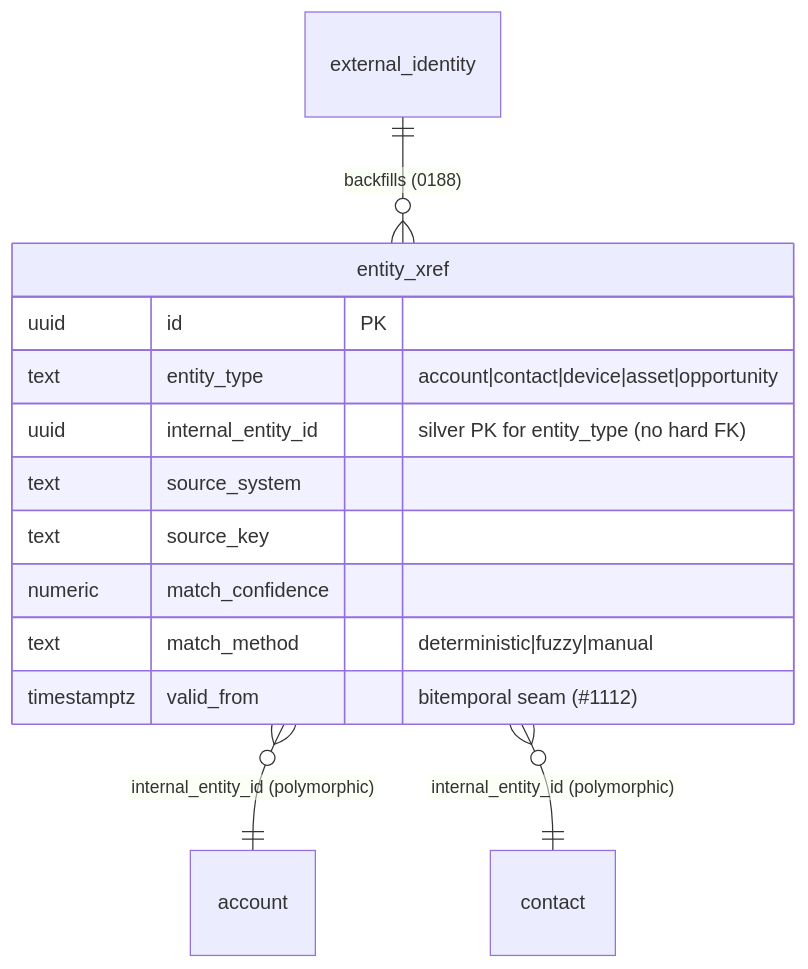
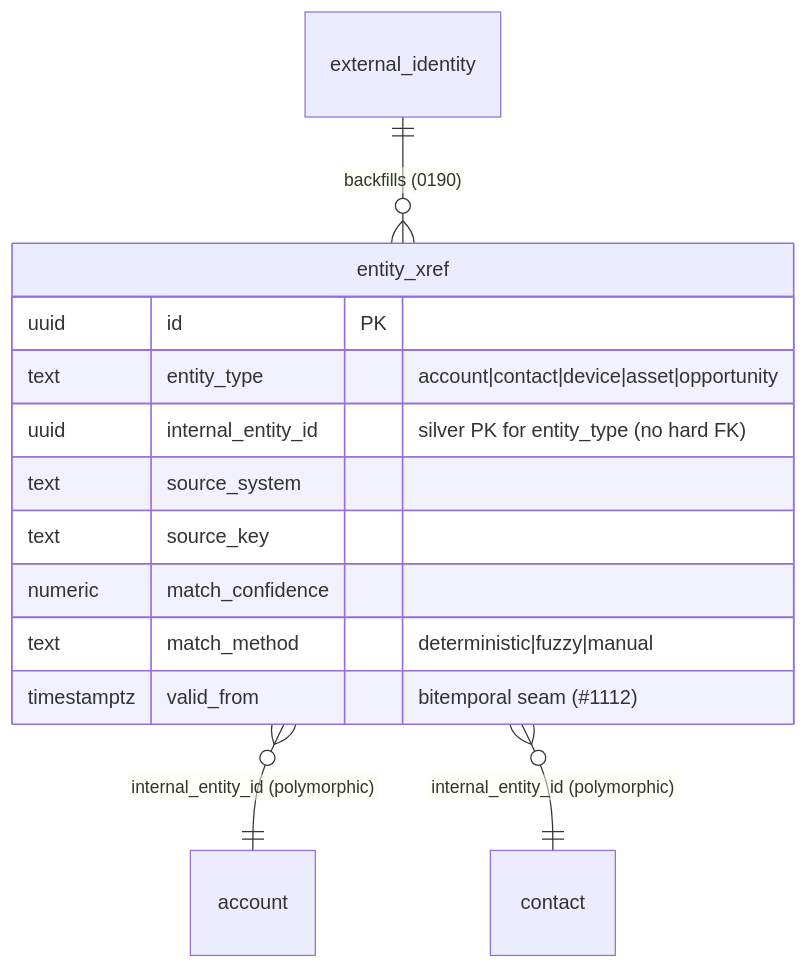
Before and after one commit to markdconnelly/ImperionCRM: diagram 21 of 21 in docs/database/data-model.md, drawn with Mermaid. The commit also changed other lines of this file and 6 other files, not shown here.

````diff
--- a/docs/database/data-model.md
+++ b/docs/database/data-model.md
@@ -2994,16 +2994,16 @@
 ```mermaid
 erDiagram
-    external_identity ||--o{ entity_xref : "backfills (0188)"
+    external_identity ||--o{ entity_xref : "backfills (0190)"
     entity_xref }o--|| account : "internal_entity_id (polymorphic)"
     entity_xref }o--|| contact : "internal_entity_id (polymorphic)"
     entity_xref {
         uuid id PK
         text entity_type "account|contact|device|asset|opportunity"
         uuid internal_entity_id "silver PK for entity_type (no hard FK)"
         text source_system
         text source_key
         numeric match_confidence
         text match_method "deterministic|fuzzy|manual"
         timestamptz valid_from "bitemporal seam (#1112)"
     }
 ```
````
